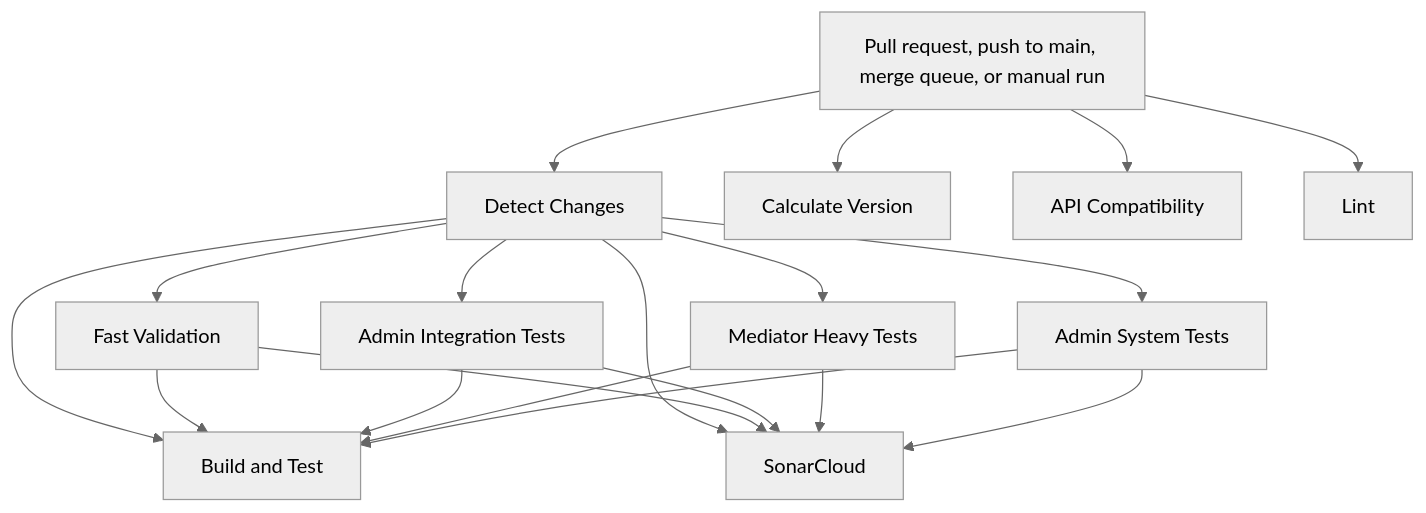
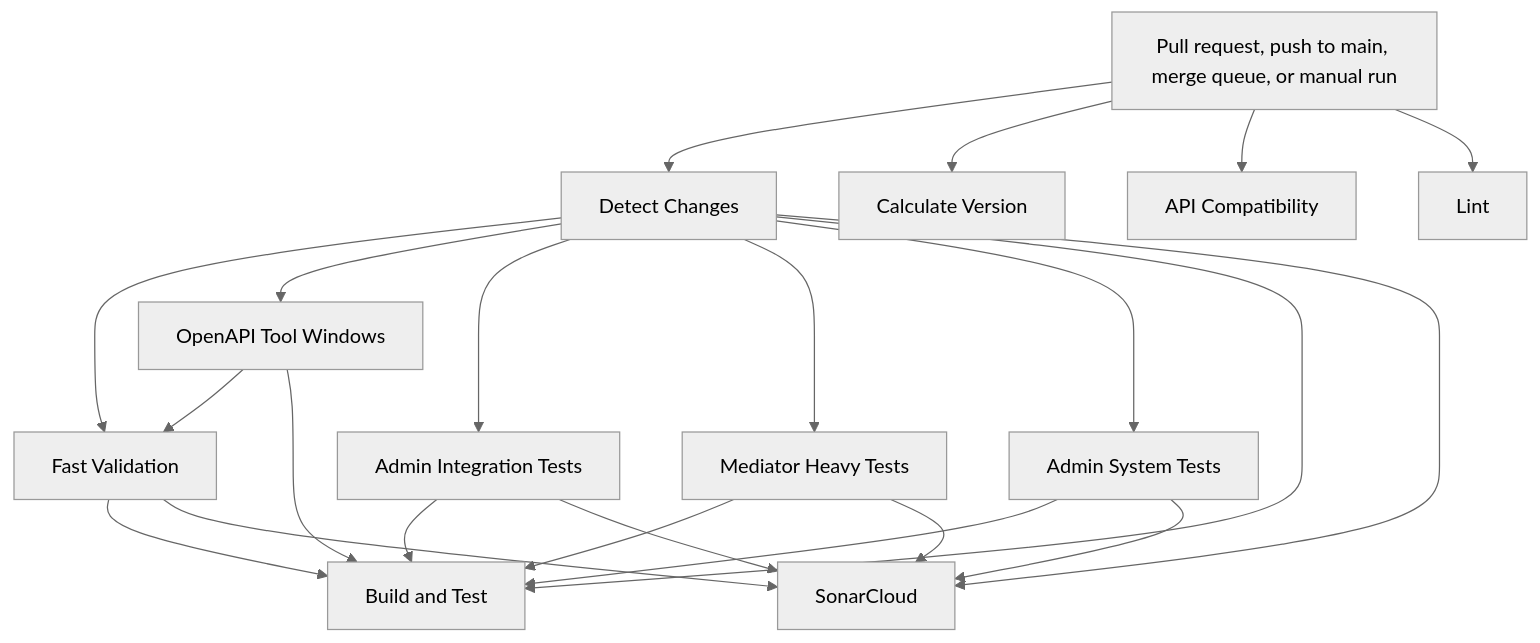
One commit to danigutsch/ViajantesTurismo changed the first of 3 diagrams in docs/architecture/ci-validation-flows.md. Above: the diagram before and after it, drawn with Mermaid (neutral theme). The commit also changed 5 other files, not shown here.

Commit message:
fix(openapi): harden child environment and Windows CI

````diff
--- a/docs/architecture/ci-validation-flows.md
+++ b/docs/architecture/ci-validation-flows.md
@@ -13,32 +13,36 @@
 ```mermaid
 flowchart TB
     trigger[Pull request, push to main, merge queue, or manual run]
     detect_changes[Detect Changes]
     calculate_version[Calculate Version]
     fast_validation[Fast Validation]
+    openapi_tool_windows[OpenAPI Tool Windows]
     admin_integration_tests[Admin Integration Tests]
     mediator_heavy_tests[Mediator Heavy Tests]
     admin_system_tests[Admin System Tests]
     build_and_test[Build and Test]
     api_compatibility[API Compatibility]
     sonarcloud[SonarCloud]
     lint[Lint]
     trigger --> detect_changes
     trigger --> calculate_version
     detect_changes --> fast_validation
+    openapi_tool_windows --> fast_validation
+    detect_changes --> openapi_tool_windows
     detect_changes --> admin_integration_tests
     detect_changes --> mediator_heavy_tests
     detect_changes --> admin_system_tests
     detect_changes --> build_and_test
     fast_validation --> build_and_test
     admin_integration_tests --> build_and_test
     mediator_heavy_tests --> build_and_test
     admin_system_tests --> build_and_test
+    openapi_tool_windows --> build_and_test
     trigger --> api_compatibility
     detect_changes --> sonarcloud
     fast_validation --> sonarcloud
     admin_integration_tests --> sonarcloud
     mediator_heavy_tests --> sonarcloud
     admin_system_tests --> sonarcloud
     trigger --> lint
 ```
````
